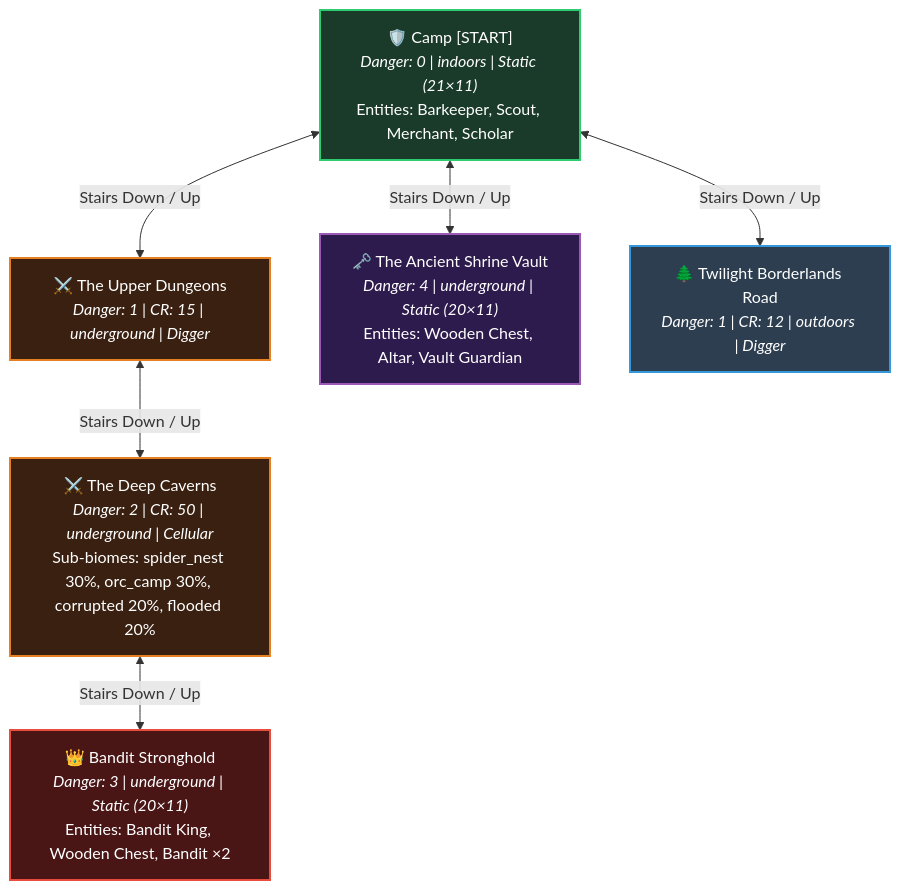
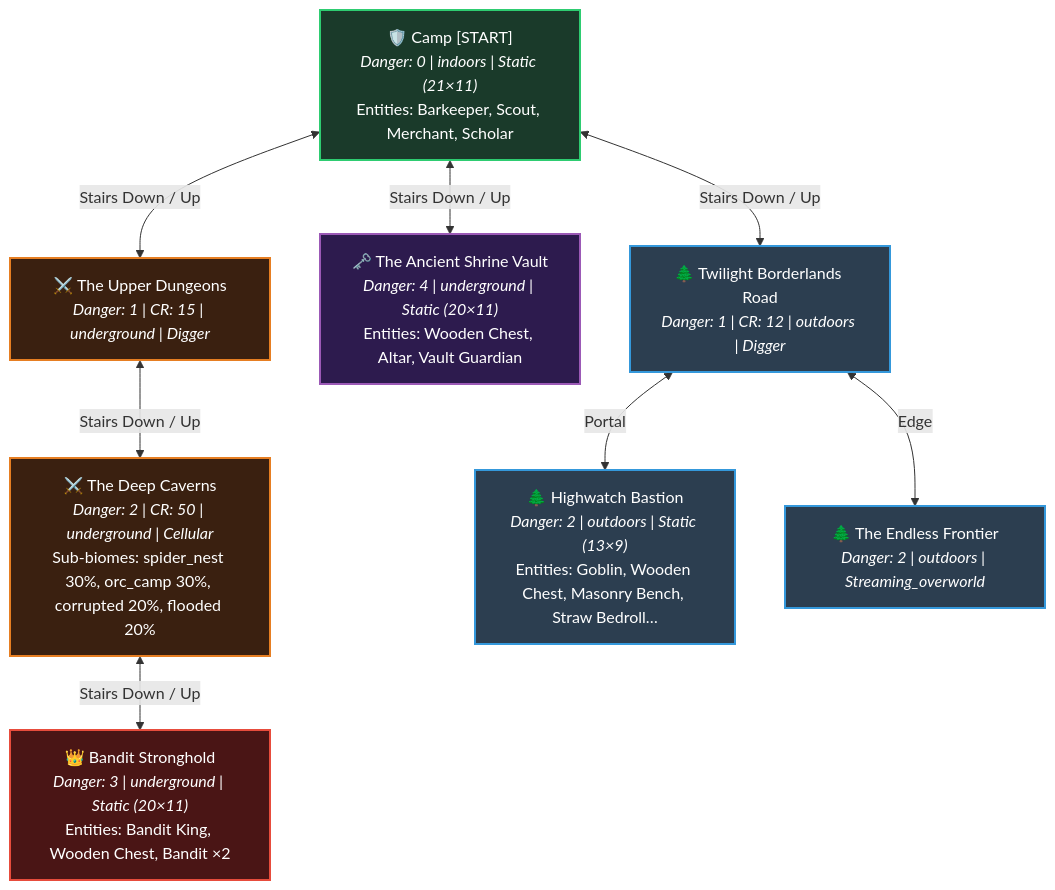
Before and after one commit to ThiagoRibas-dev/rogue_like: the first of 5 diagrams in docs/CAMPAIGN_TOPOLOGIES.md, drawn with Mermaid. The commit also changed other lines of this file and 126 other files, not shown here.

````diff
--- a/docs/CAMPAIGN_TOPOLOGIES.md
+++ b/docs/CAMPAIGN_TOPOLOGIES.md
@@ -14,21 +16,25 @@
 ```mermaid
 graph TD
     classDef safe fill:#1a3a2a,stroke:#2ecc71,stroke-width:2px,color:#fff;
     classDef outdoor fill:#2c3e50,stroke:#3498db,stroke-width:2px,color:#fff;
     classDef dungeon fill:#3a2010,stroke:#e67e22,stroke-width:2px,color:#fff;
     classDef boss fill:#4a1515,stroke:#e74c3c,stroke-width:2px,color:#fff;
     classDef vault fill:#2d1b4e,stroke:#9b59b6,stroke-width:2px,color:#fff;
 
     safe_hub["🛡️ Camp [START]<br><i>Danger: 0 | indoors | Static (21×11)</i><br>Entities: Barkeeper, Scout, Merchant, Scholar"]:::safe
     dungeon_1["⚔️ The Upper Dungeons<br><i>Danger: 1 | CR: 15 | underground | Digger</i>"]:::dungeon
     dungeon_2["⚔️ The Deep Caverns<br><i>Danger: 2 | CR: 50 | underground | Cellular</i><br>Sub-biomes: spider_nest 30%, orc_camp 30%, corrupted 20%, flooded 20%"]:::dungeon
     bandit_stronghold["👑 Bandit Stronghold<br><i>Danger: 3 | underground | Static (20×11)</i><br>Entities: Bandit King, Wooden Chest, Bandit ×2"]:::boss
     shrine_vault_hub["🗝️ The Ancient Shrine Vault<br><i>Danger: 4 | underground | Static (20×11)</i><br>Entities: Wooden Chest, Altar, Vault Guardian"]:::vault
     outer_crossroads["🌲 Twilight Borderlands Road<br><i>Danger: 1 | CR: 12 | outdoors | Digger</i>"]:::outdoor
+    watchtower_overlook["🌲 Highwatch Bastion<br><i>Danger: 2 | outdoors | Static (13×9)</i><br>Entities: Goblin, Wooden Chest, Masonry Bench, Straw Bedroll…"]:::outdoor
+    endless_frontier["🌲 The Endless Frontier<br><i>Danger: 2 | outdoors | Streaming_overworld</i>"]:::outdoor
 
     safe_hub <-->|Stairs Down / Up| dungeon_1
     safe_hub <-->|Stairs Down / Up| shrine_vault_hub
     safe_hub <-->|Stairs Down / Up| outer_crossroads
     dungeon_1 <-->|Stairs Down / Up| dungeon_2
     dungeon_2 <-->|Stairs Down / Up| bandit_stronghold
+    outer_crossroads <-->|Edge| endless_frontier
+    outer_crossroads <-->|Portal| watchtower_overlook
 ```
````
